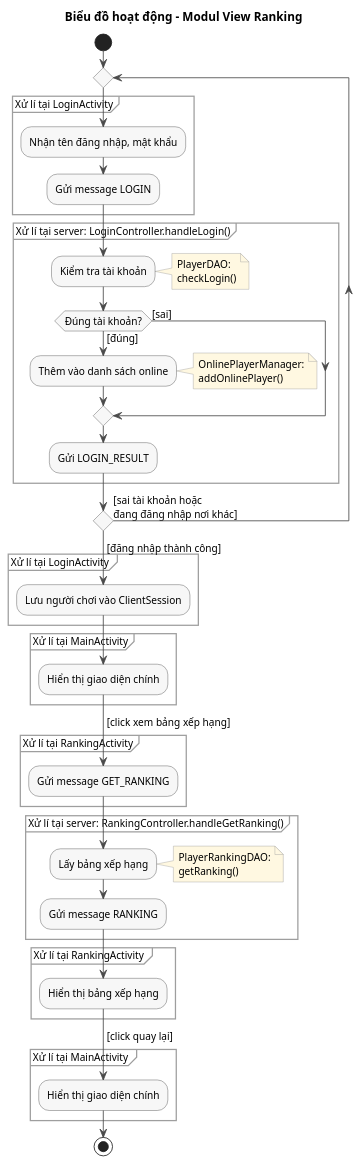
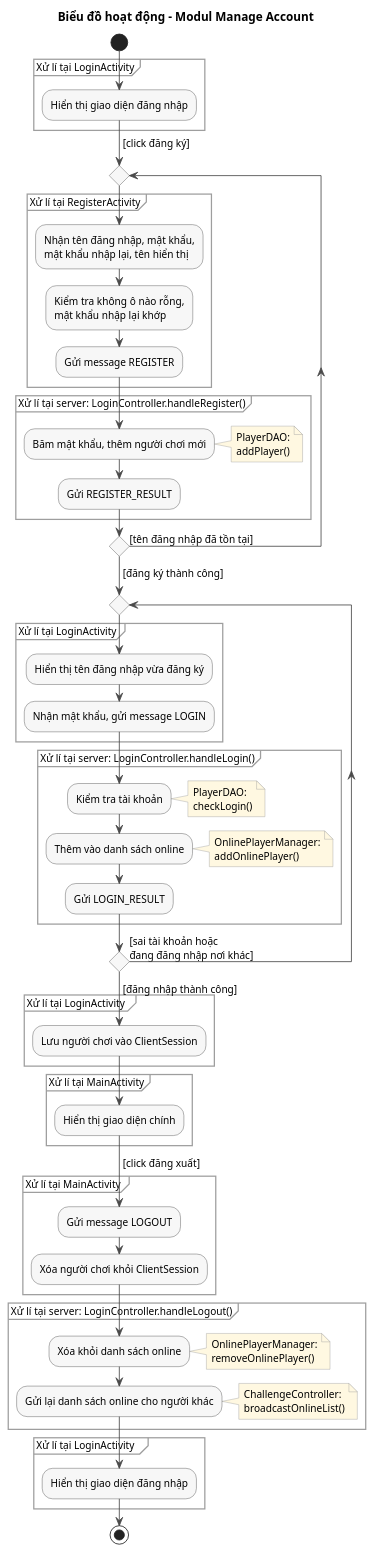
Before and after one commit to VattenL/mobile-pikachu: the diagram in docs/uml/pha3/activity-m1.puml, drawn with PlantUML. The commit also changed 75 other files, not shown here.

```diff
--- a/docs/uml/pha3/activity-m1.puml
+++ b/docs/uml/pha3/activity-m1.puml
@@ -1,60 +1,72 @@
 @startuml activity-m1
-title Biểu đồ hoạt động - Modul View Ranking
+title Biểu đồ hoạt động - Modul Manage Account
 
 skinparam shadowing false
 skinparam defaultFontSize 12
 skinparam ArrowColor #4A4A4A
 skinparam activity {
   BackgroundColor #F7F7F7
   BorderColor #4A4A4A
 }
 skinparam partition {
   BorderColor #9E9E9E
 }
 skinparam note {
   BackgroundColor #FFF8E1
   BorderColor #9E9E9E
 }
 
 start
+partition "Xử lí tại LoginActivity" {
+  :Hiển thị giao diện đăng nhập;
+}
+->[click đăng ký];
 repeat
-  partition "Xử lí tại LoginActivity" {
-    :Nhận tên đăng nhập, mật khẩu;
-    :Gửi message LOGIN;
+  partition "Xử lí tại RegisterActivity" {
+    :Nhận tên đăng nhập, mật khẩu,\nmật khẩu nhập lại, tên hiển thị;
+    :Kiểm tra không ô nào rỗng,\nmật khẩu nhập lại khớp;
+    :Gửi message REGISTER;
+  }
+  partition "Xử lí tại server: LoginController.handleRegister()" {
+    :Băm mật khẩu, thêm người chơi mới;
+    note right: PlayerDAO:\naddPlayer()
+    :Gửi REGISTER_RESULT;
+  }
+repeat while () is ([tên đăng nhập đã tồn tại])
+->[đăng ký thành công];
+repeat
+  partition "Xử lí tại LoginActivity " {
+    :Hiển thị tên đăng nhập vừa đăng ký;
+    :Nhận mật khẩu, gửi message LOGIN;
   }
   partition "Xử lí tại server: LoginController.handleLogin()" {
     :Kiểm tra tài khoản;
     note right: PlayerDAO:\ncheckLogin()
-    if (Đúng tài khoản?) then ([đúng])
-      :Thêm vào danh sách online;
-      note right: OnlinePlayerManager:\naddOnlinePlayer()
-    else ([sai])
-    endif
+    :Thêm vào danh sách online;
+    note right: OnlinePlayerManager:\naddOnlinePlayer()
     :Gửi LOGIN_RESULT;
   }
 repeat while () is ([sai tài khoản hoặc\nđang đăng nhập nơi khác])
 ->[đăng nhập thành công];
-partition "Xử lí tại LoginActivity " {
+partition "Xử lí tại LoginActivity  " {
   :Lưu người chơi vào ClientSession;
 }
 partition "Xử lí tại MainActivity" {
   :Hiển thị giao diện chính;
 }
-->[click xem bảng xếp hạng];
-partition "Xử lí tại RankingActivity" {
-  :Gửi message GET_RANKING;
+->[click đăng xuất];
+partition "Xử lí tại MainActivity " {
+  :Gửi message LOGOUT;
+  :Xóa người chơi khỏi ClientSession;
 }
-partition "Xử lí tại server: RankingController.handleGetRanking()" {
-  :Lấy bảng xếp hạng;
-  note right: PlayerRankingDAO:\ngetRanking()
-  :Gửi message RANKING;
+partition "Xử lí tại server: LoginController.handleLogout()" {
+  :Xóa khỏi danh sách online;
+  note right: OnlinePlayerManager:\nremoveOnlinePlayer()
+  :Gửi lại danh sách online cho người khác;
+  note right: ChallengeController:\nbroadcastOnlineList()
 }
-partition "Xử lí tại RankingActivity " {
-  :Hiển thị bảng xếp hạng;
-}
-->[click quay lại];
-partition "Xử lí tại MainActivity " {
-  :Hiển thị giao diện chính;
+partition "Xử lí tại LoginActivity   " {
+  :Hiển thị giao diện đăng nhập;
 }
 stop
 @enduml
```
